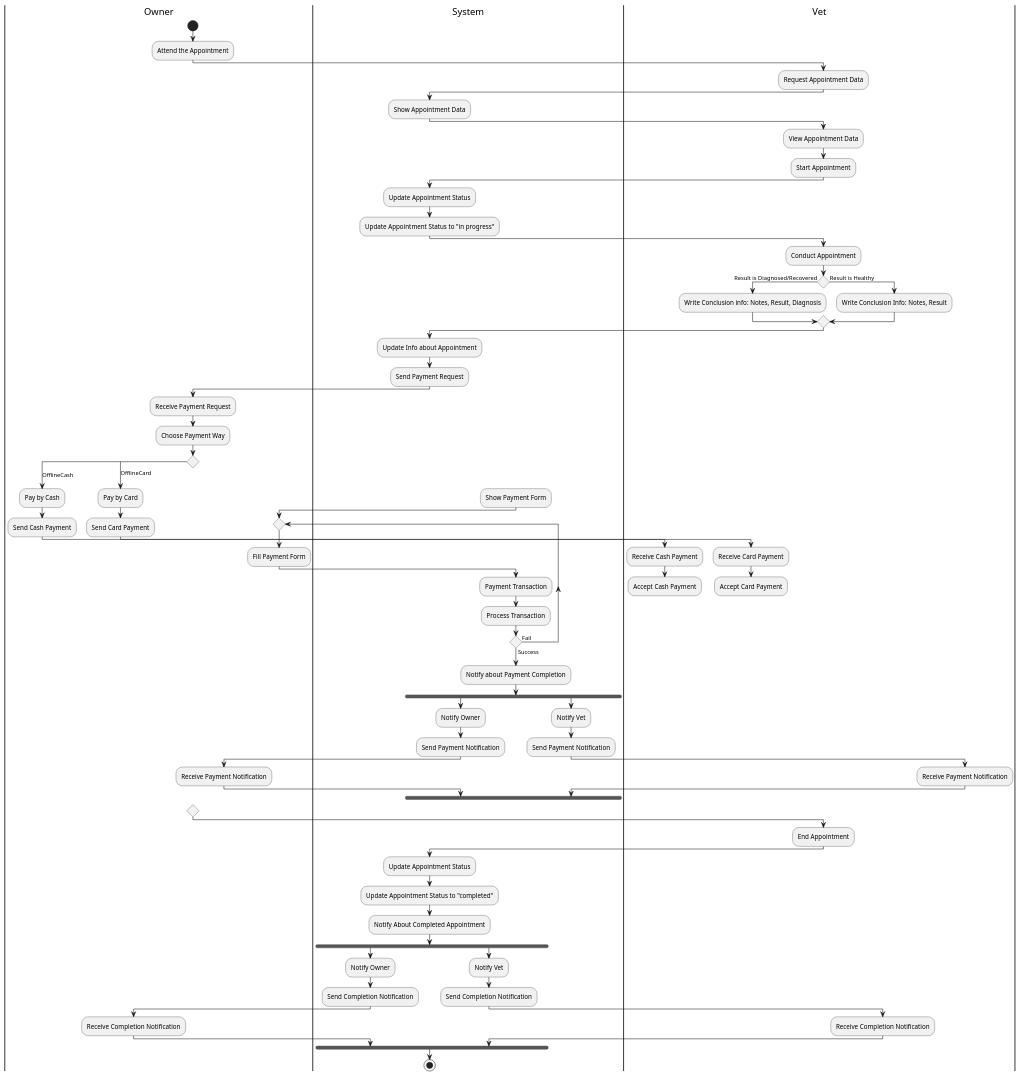
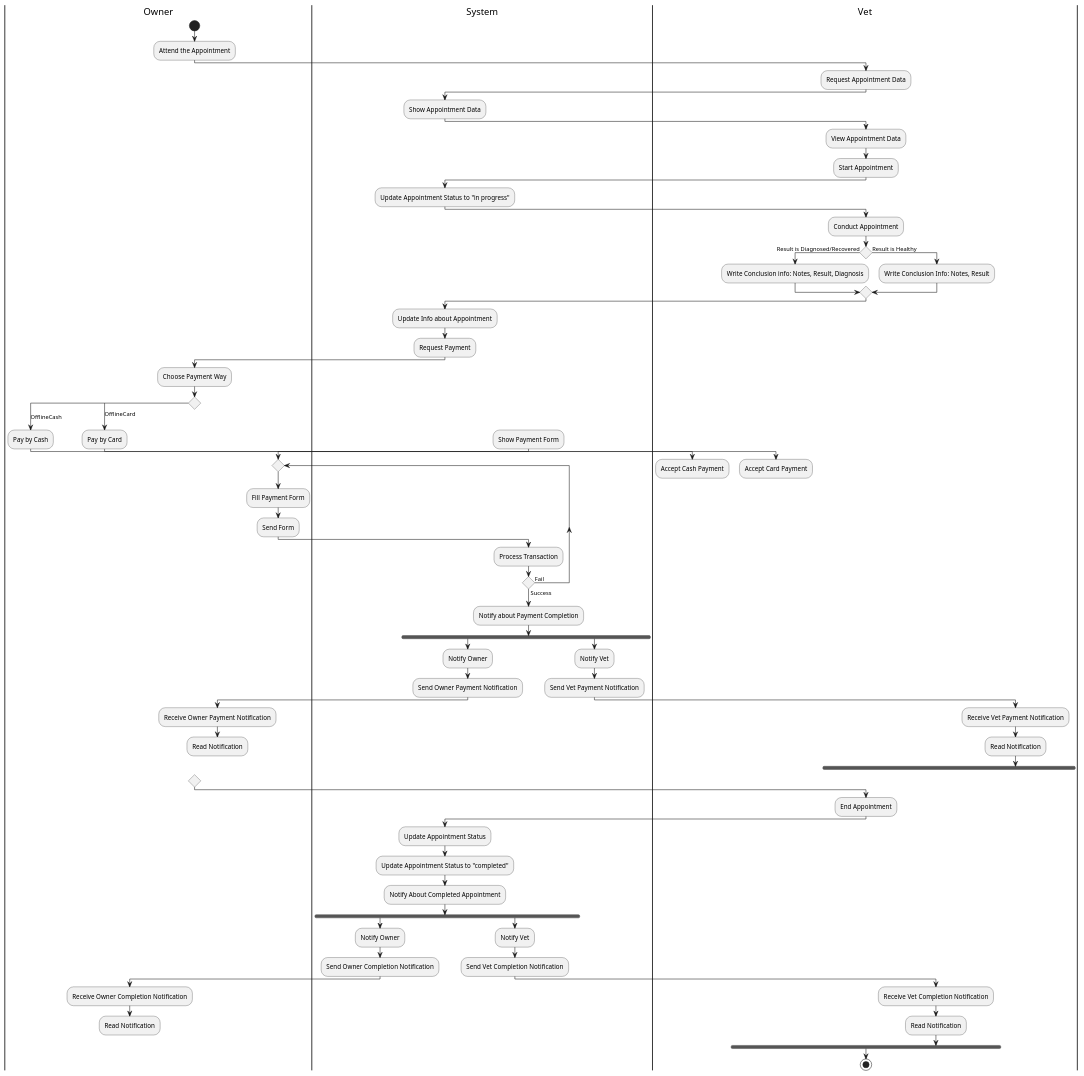
The diagram in lab4/UML/ApptProcess_UML.puml (Sotten8/KPI_CSE_2), drawn with PlantUML before and after one commit. The commit also changed 1 other file, not shown here.

Commit message:
fix: update ApptProcess UML for lab4

```diff
--- a/lab4/UML/ApptProcess_UML.puml
+++ b/lab4/UML/ApptProcess_UML.puml
@@ -1,111 +1,109 @@
 @startuml ApptProcess
 |Owner|
 start
 :Attend the Appointment;
 
 |System|
 
 |Vet|
 :Request Appointment Data;
 
 |System|
 :Show Appointment Data;
 
 |Vet|
 :View Appointment Data;
 :Start Appointment;
 
 |System|
-:Update Appointment Status;
 :Update Appointment Status to "in progress";
 
 |Vet|
 :Conduct Appointment;
 
 if () then (Result is Diagnosed/Recovered)
   |Vet|
   :Write Conclusion info: Notes, Result, Diagnosis;
 else (Result is Healthy)
   |Vet|
   :Write Conclusion Info: Notes, Result;
 endif
 
 |System|
 :Update Info about Appointment;
-:Send Payment Request;
+:Request Payment;
 
 |Owner|
-:Receive Payment Request;
 :Choose Payment Way;
 
 switch ()
 case (OfflineCash)
   |Owner|
   :Pay by Cash;
-  :Send Cash Payment;
 
   |Vet|
-  :Receive Cash Payment;
   :Accept Cash Payment;
 
 case (OfflineCard)
   |Owner|
   :Pay by Card;
-  :Send Card Payment;
 
   |Vet|
-  :Receive Card Payment;
   :Accept Card Payment;
 
 case (Online)
 
   |System|
   :Show Payment Form;
 
   |Owner|
 repeat
   :Fill Payment Form;
+  :Send Form;
   |System|
-  :Payment Transaction;
   :Process Transaction;
 repeat while () is (Fail) not (Success)
   
   |System|
   :Notify about Payment Completion;
   fork
-    |System|
-    :Notify Owner;
-    :Send Payment Notification;
-    |Owner|
-    :Receive Payment Notification;
-  fork again
-    |System|
-    :Notify Vet;
-    :Send Payment Notification;
-    |Vet|
-    :Receive Payment Notification;
   |System|
-  end fork
+  :Notify Owner;
+  :Send Owner Payment Notification;
+  |Owner|
+  :Receive Owner Payment Notification;
+  :Read Notification;
+  kill
+fork again
+  |System|
+  :Notify Vet;
+  :Send Vet Payment Notification;
+  |Vet|
+  :Receive Vet Payment Notification;
+  :Read Notification;
+end fork
 endswitch
 
 |Vet|
 :End Appointment;
 |System|
 :Update Appointment Status;
 :Update Appointment Status to "completed";
 :Notify About Completed Appointment;
 fork
   :Notify Owner;
-  :Send Completion Notification;
+  :Send Owner Completion Notification;
   |Owner|
-  :Receive Completion Notification;
+  :Receive Owner Completion Notification;
+  :Read Notification;
+  kill
 fork again
   |System|
   :Notify Vet;
-  :Send Completion Notification;
+  :Send Vet Completion Notification;
   |Vet|
-  :Receive Completion Notification;
-  |System|
+  :Receive Vet Completion Notification;
+  :Read Notification;
 end fork
 stop
 @enduml
```
